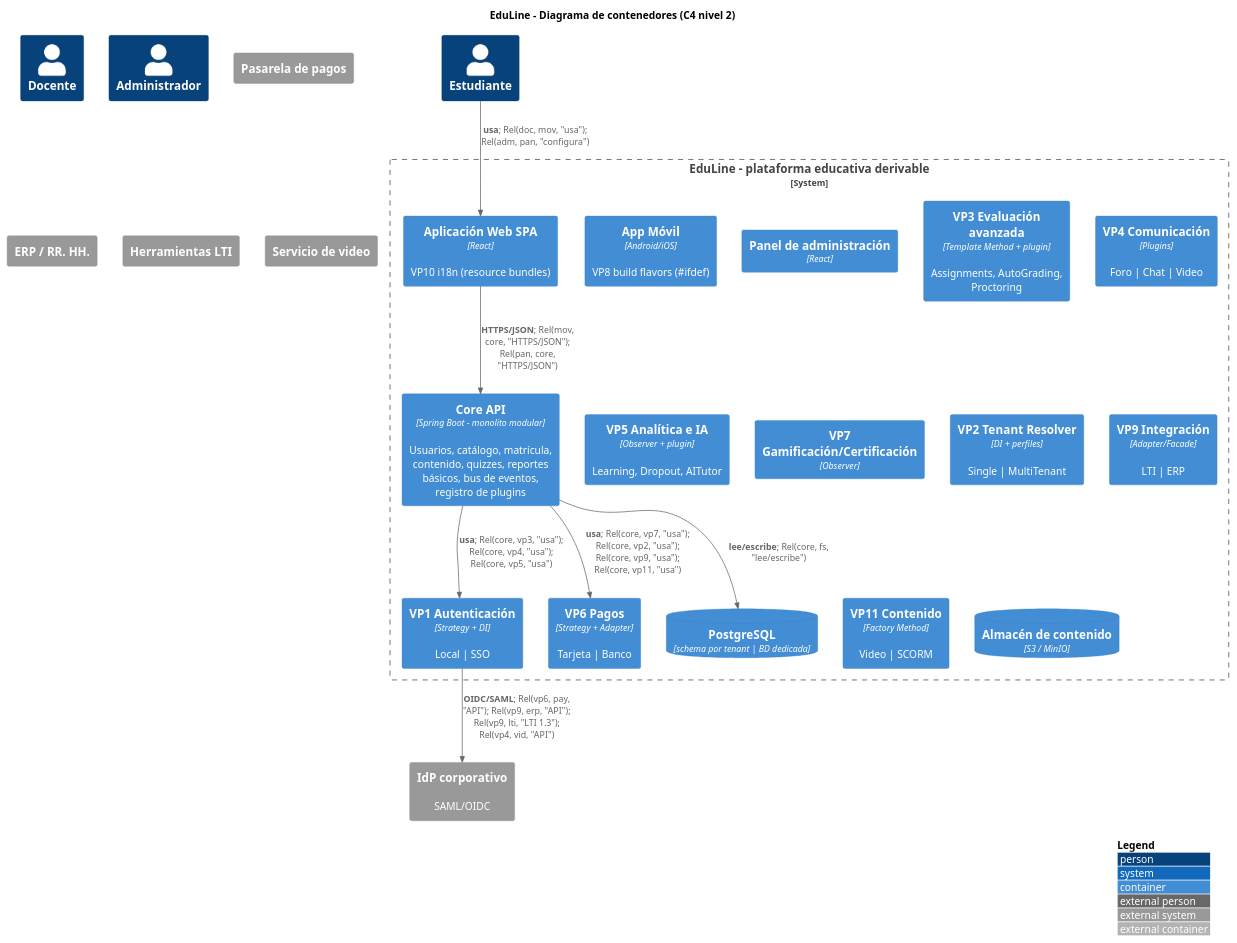
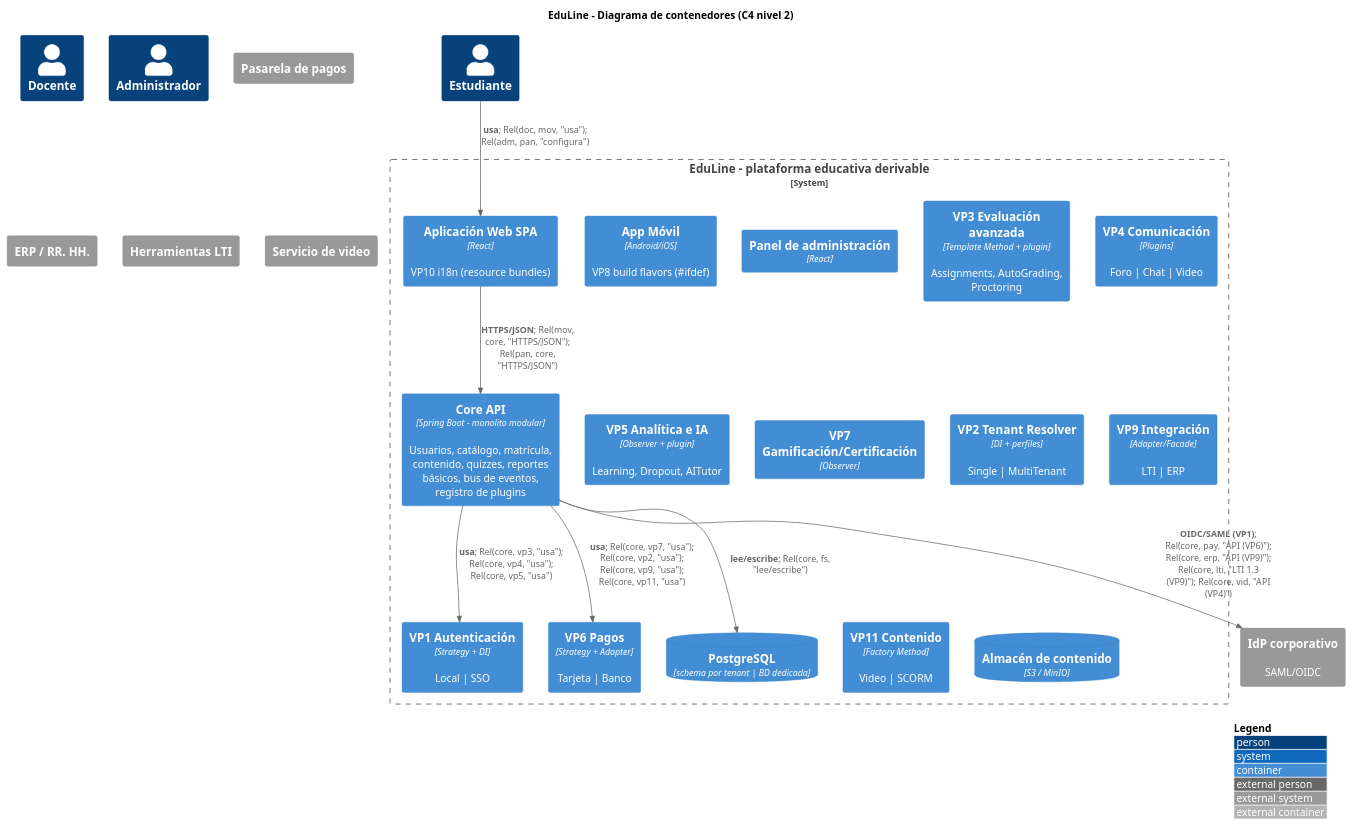
Before and after one commit to IpialesJuan15/EduLine-LPS: the diagram in architecture/c4-contenedores.puml, drawn with PlantUML. The commit also changed 4 other files, not shown here.

```diff
--- a/architecture/c4-contenedores.puml
+++ b/architecture/c4-contenedores.puml
@@ -1,39 +1,39 @@
 @startuml EduLine-C4-Contenedores
 !include https://raw.githubusercontent.com/plantuml-stdlib/C4-PlantUML/master/C4_Container.puml
 LAYOUT_WITH_LEGEND()
 title EduLine - Diagrama de contenedores (C4 nivel 2)
 
 Person(est, "Estudiante")
 Person(doc, "Docente")
 Person(adm, "Administrador")
 
 System_Boundary(edu, "EduLine - plataforma educativa derivable") {
   Container(web, "Aplicación Web SPA", "React", "VP10 i18n (resource bundles)")
   Container(mov, "App Móvil", "Android/iOS", "VP8 build flavors (#ifdef)")
   Container(pan, "Panel de administración", "React")
   Container(core, "Core API", "Spring Boot - monolito modular", "Usuarios, catálogo, matrícula, contenido, quizzes, reportes básicos, bus de eventos, registro de plugins")
   Container(vp1, "VP1 Autenticación", "Strategy + DI", "Local | SSO")
   Container(vp3, "VP3 Evaluación avanzada", "Template Method + plugin", "Assignments, AutoGrading, Proctoring")
   Container(vp4, "VP4 Comunicación", "Plugins", "Foro | Chat | Video")
   Container(vp5, "VP5 Analítica e IA", "Observer + plugin", "Learning, Dropout, AITutor")
   Container(vp6, "VP6 Pagos", "Strategy + Adapter", "Tarjeta | Banco")
   Container(vp7, "VP7 Gamificación/Certificación", "Observer")
   Container(vp2, "VP2 Tenant Resolver", "DI + perfiles", "Single | MultiTenant")
   Container(vp9, "VP9 Integración", "Adapter/Facade", "LTI | ERP")
   Container(vp11, "VP11 Contenido", "Factory Method", "Video | SCORM")
   ContainerDb(db, "PostgreSQL", "schema por tenant | BD dedicada")
   ContainerDb(fs, "Almacén de contenido", "S3 / MinIO")
 }
 System_Ext(idp, "IdP corporativo", "SAML/OIDC")
 System_Ext(pay, "Pasarela de pagos")
 System_Ext(erp, "ERP / RR. HH.")
 System_Ext(lti, "Herramientas LTI")
 System_Ext(vid, "Servicio de video")
 
 Rel(est, web, "usa"); Rel(doc, mov, "usa"); Rel(adm, pan, "configura")
 Rel(web, core, "HTTPS/JSON"); Rel(mov, core, "HTTPS/JSON"); Rel(pan, core, "HTTPS/JSON")
 Rel(core, vp1, "usa"); Rel(core, vp3, "usa"); Rel(core, vp4, "usa"); Rel(core, vp5, "usa")
 Rel(core, vp6, "usa"); Rel(core, vp7, "usa"); Rel(core, vp2, "usa"); Rel(core, vp9, "usa"); Rel(core, vp11, "usa")
 Rel(core, db, "lee/escribe"); Rel(core, fs, "lee/escribe")
-Rel(vp1, idp, "OIDC/SAML"); Rel(vp6, pay, "API"); Rel(vp9, erp, "API"); Rel(vp9, lti, "LTI 1.3"); Rel(vp4, vid, "API")
+Rel(core, idp, "OIDC/SAML (VP1)"); Rel(core, pay, "API (VP6)"); Rel(core, erp, "API (VP9)"); Rel(core, lti, "LTI 1.3 (VP9)"); Rel(core, vid, "API (VP4)")
 @enduml
```
